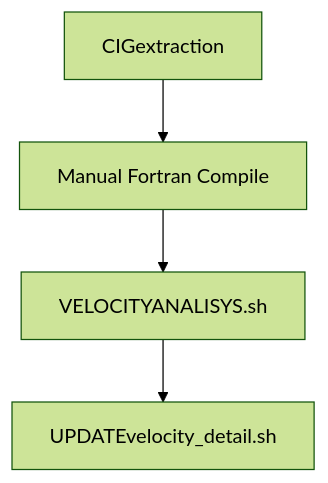
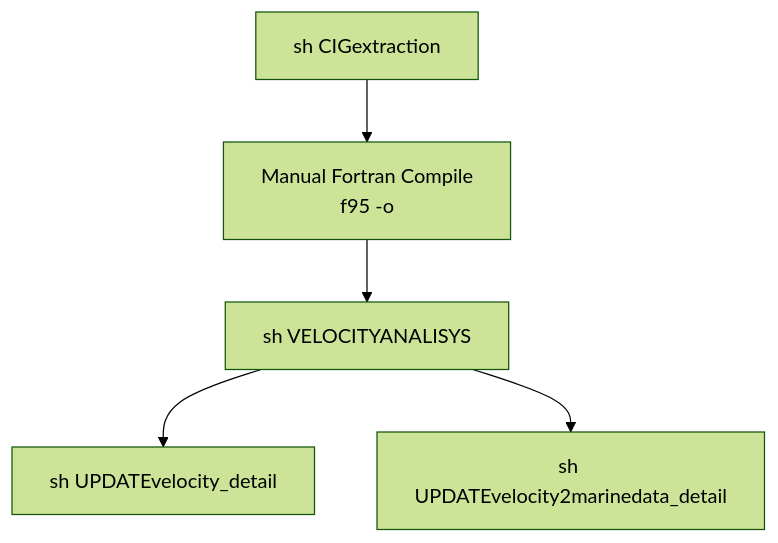
Before and after one commit to Dai411/ISTRICI-tools: the first of 2 diagrams in Velocity_Analysis&Update_TRAD/Readme-updated_info.md, drawn with Mermaid (forest theme). The commit also changed other lines of this file, not shown here.

````diff
--- a/Velocity_Analysis&Update_TRAD/Readme-updated_info.md
+++ b/Velocity_Analysis&Update_TRAD/Readme-updated_info.md
@@ -165,6 +165,7 @@
 ```mermaid
 graph TD
-    A[CIGextraction] --> B[Manual Fortran Compile]
-    B --> C[VELOCITYANALISYS.sh]
-    C --> D[UPDATEvelocity_detail.sh]
+    A[sh CIGextraction] --> B[Manual Fortran Compile \n f95 -o]
+    B --> C[sh VELOCITYANALISYS]
+    C --> D[sh UPDATEvelocity_detail]
+    C --> E[sh UPDATEvelocity2marinedata_detail]
 ```
````
